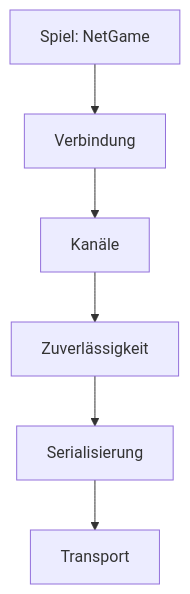
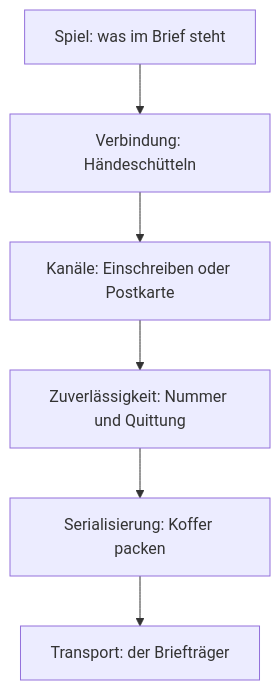
One commit to ChristianHohlfeld/kernengine.de changed the diagram in kern/docs/buch-gelb/10-netzwerk.md. Above: the diagram before and after it, drawn with Mermaid. The commit also changed other lines of this file and 22 other files, not shown here.

````diff
--- a/kern/docs/buch-gelb/10-netzwerk.md
+++ b/kern/docs/buch-gelb/10-netzwerk.md
@@ -16,8 +33,8 @@
 ```mermaid
 flowchart TB
-  S[Spiel: NetGame] --> V[Verbindung]
-  V --> K[Kanäle]
-  K --> Z[Zuverlässigkeit]
-  Z --> B[Serialisierung]
-  B --> T[Transport]
+  S["Spiel: was im Brief steht"] --> V["Verbindung: Händeschütteln"]
+  V --> K["Kanäle: Einschreiben oder Postkarte"]
+  K --> Z["Zuverlässigkeit: Nummer und Quittung"]
+  Z --> B["Serialisierung: Koffer packen"]
+  B --> T["Transport: der Briefträger"]
 ```
````
